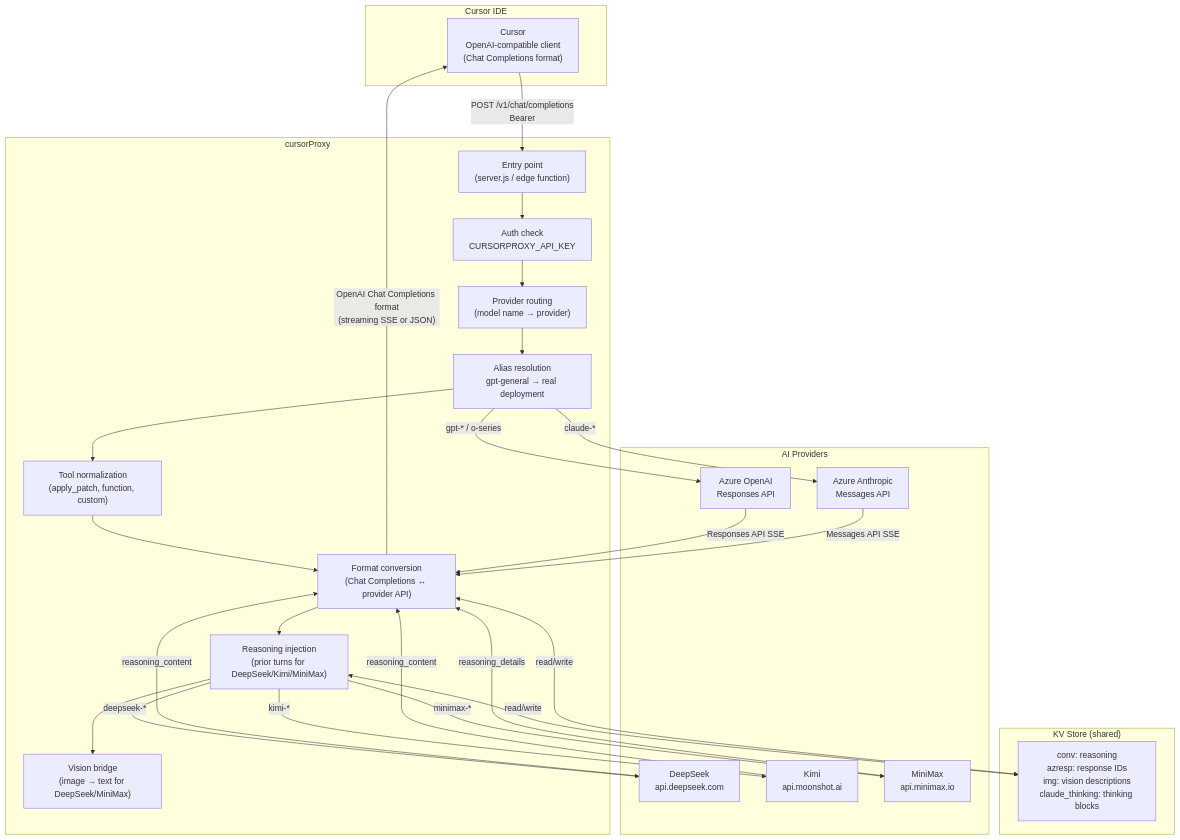
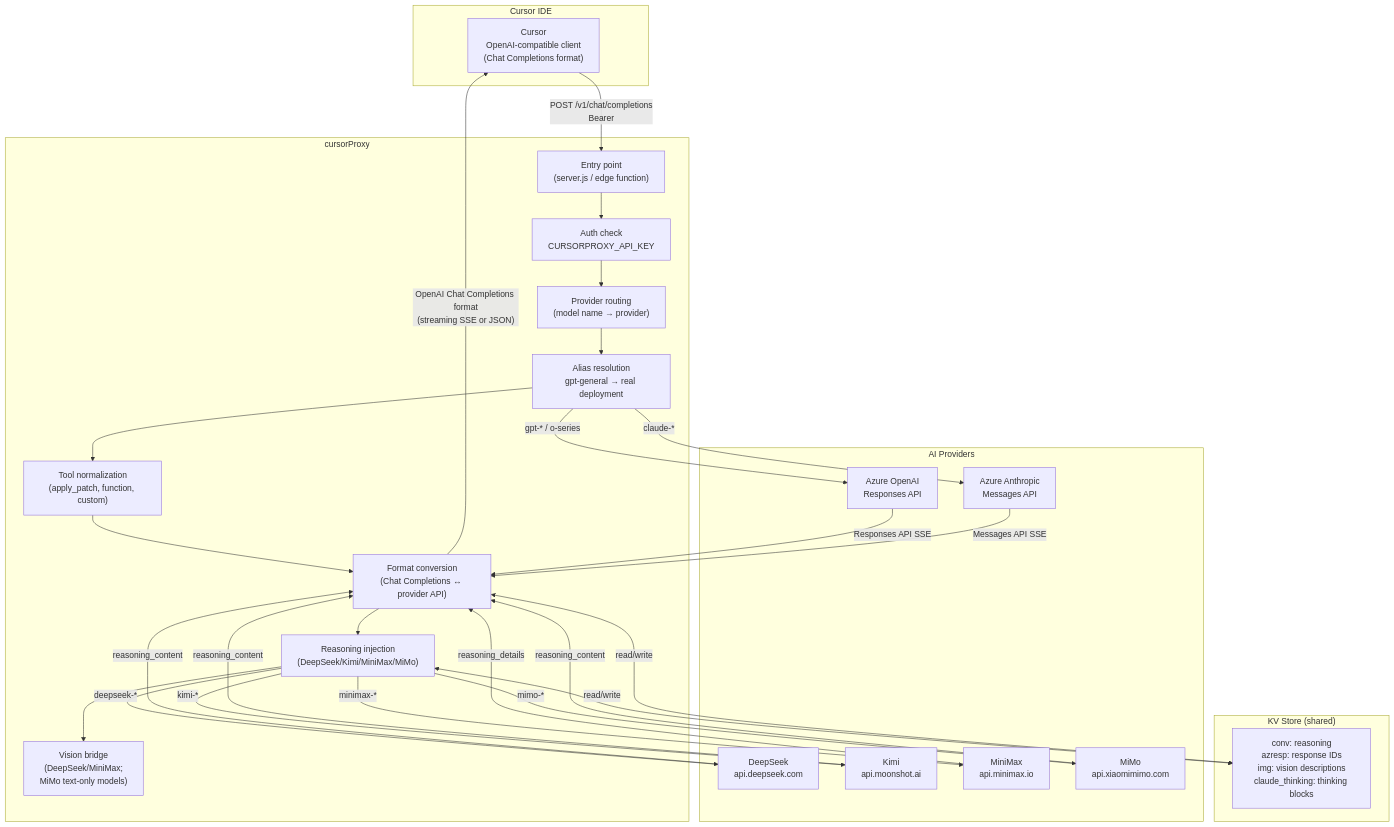
One commit to lqdflying/cursorProxy changed the first of 4 diagrams in doc/architecture-overview.md. Above: the diagram before and after it, drawn with Mermaid. The commit also changed other lines of this file and 19 other files, not shown here.

First line of the commit message:
Add Xiaomi MiMo provider with model-aware vision and reasoning bridge.

````diff
--- a/doc/architecture-overview.md
+++ b/doc/architecture-overview.md
@@ -5,50 +5,53 @@
 ```mermaid
 flowchart TD
     subgraph "Cursor IDE"
         CUR["Cursor\nOpenAI-compatible client\n(Chat Completions format)"]
     end
 
     subgraph "cursorProxy"
         EP["Entry point\n(server.js / edge function)"]
         AUTH["Auth check\nCURSORPROXY_API_KEY"]
         ROUTE["Provider routing\n(model name → provider)"]
         ALIAS["Alias resolution\ngpt-general → real deployment"]
         TOOLS["Tool normalization\n(apply_patch, function, custom)"]
         FMT["Format conversion\n(Chat Completions ↔ provider API)"]
-        VB["Vision bridge\n(image → text for DeepSeek/MiniMax)"]
-        RSN["Reasoning injection\n(prior turns for DeepSeek/Kimi/MiniMax)"]
+        VB["Vision bridge\n(DeepSeek/MiniMax;\nMiMo text-only models)"]
+        RSN["Reasoning injection\n(DeepSeek/Kimi/MiniMax/MiMo)"]
     end
 
     subgraph "KV Store (shared)"
         KV["conv: reasoning\nazresp: response IDs\nimg: vision descriptions\nclaude_thinking: thinking blocks"]
     end
 
     subgraph "AI Providers"
         DS["DeepSeek\napi.deepseek.com"]
         KI["Kimi\napi.moonshot.ai"]
         MM["MiniMax\napi.minimax.io"]
+        MI["MiMo\napi.xiaomimimo.com"]
         AO["Azure OpenAI\nResponses API"]
         AA["Azure Anthropic\nMessages API"]
     end
 
     CUR -->|"POST /v1/chat/completions\nBearer <CURSORPROXY_API_KEY>"| EP
     EP --> AUTH --> ROUTE --> ALIAS
     ALIAS --> TOOLS --> FMT
     FMT --> RSN --> VB
     RSN <-->|read/write| KV
     FMT <-->|read/write| KV
 
     RSN -->|deepseek-*| DS
     RSN -->|kimi-*| KI
     RSN -->|minimax-*| MM
+    RSN -->|mimo-*| MI
     ALIAS -->|gpt-* / o-series| AO
     ALIAS -->|claude-*| AA
 
     DS -->|reasoning_content| FMT
     KI -->|reasoning_content| FMT
     MM -->|reasoning_details| FMT
+    MI -->|reasoning_content| FMT
     AO -->|Responses API SSE| FMT
     AA -->|Messages API SSE| FMT
 
     FMT -->|"OpenAI Chat Completions format\n(streaming SSE or JSON)"| CUR
 ```
````
